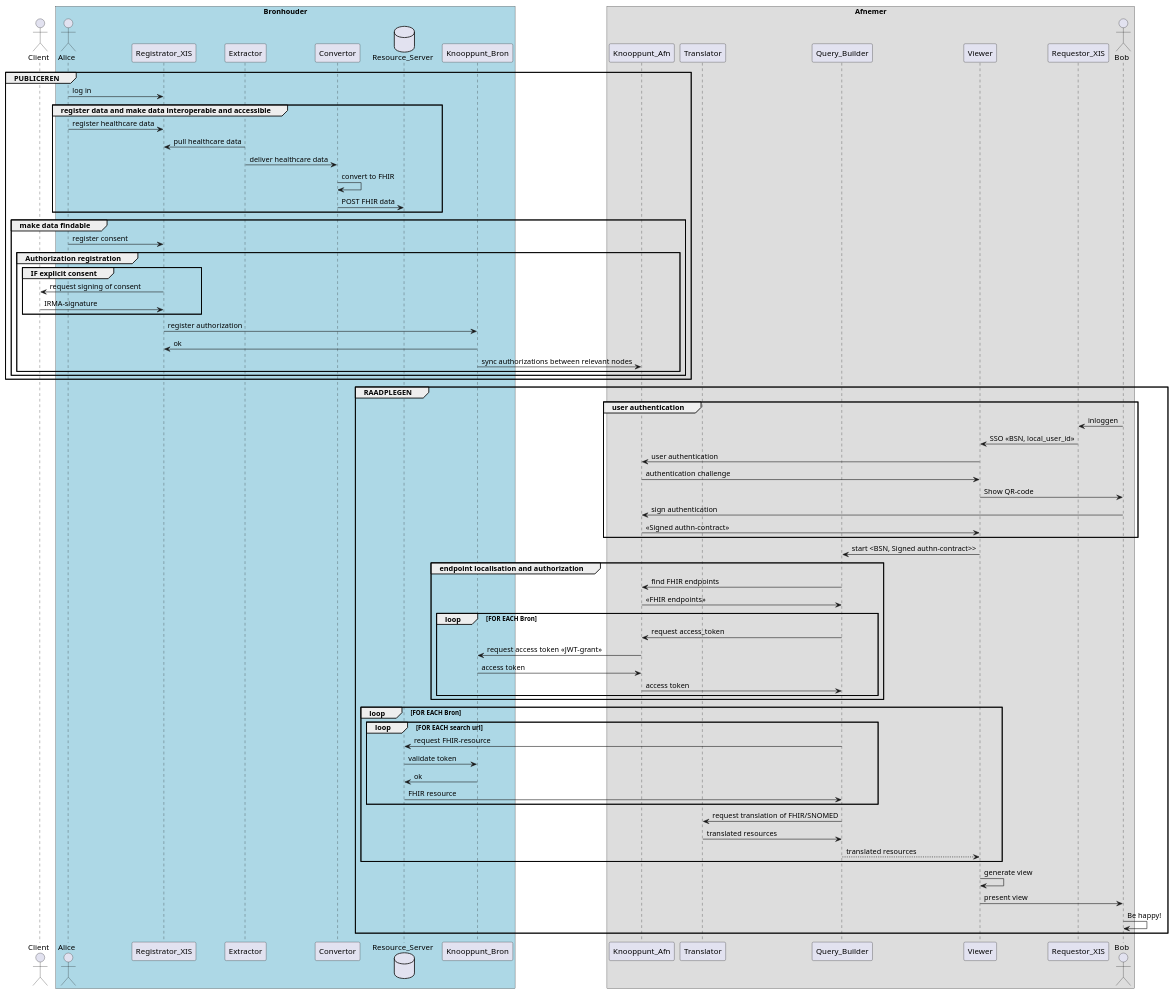
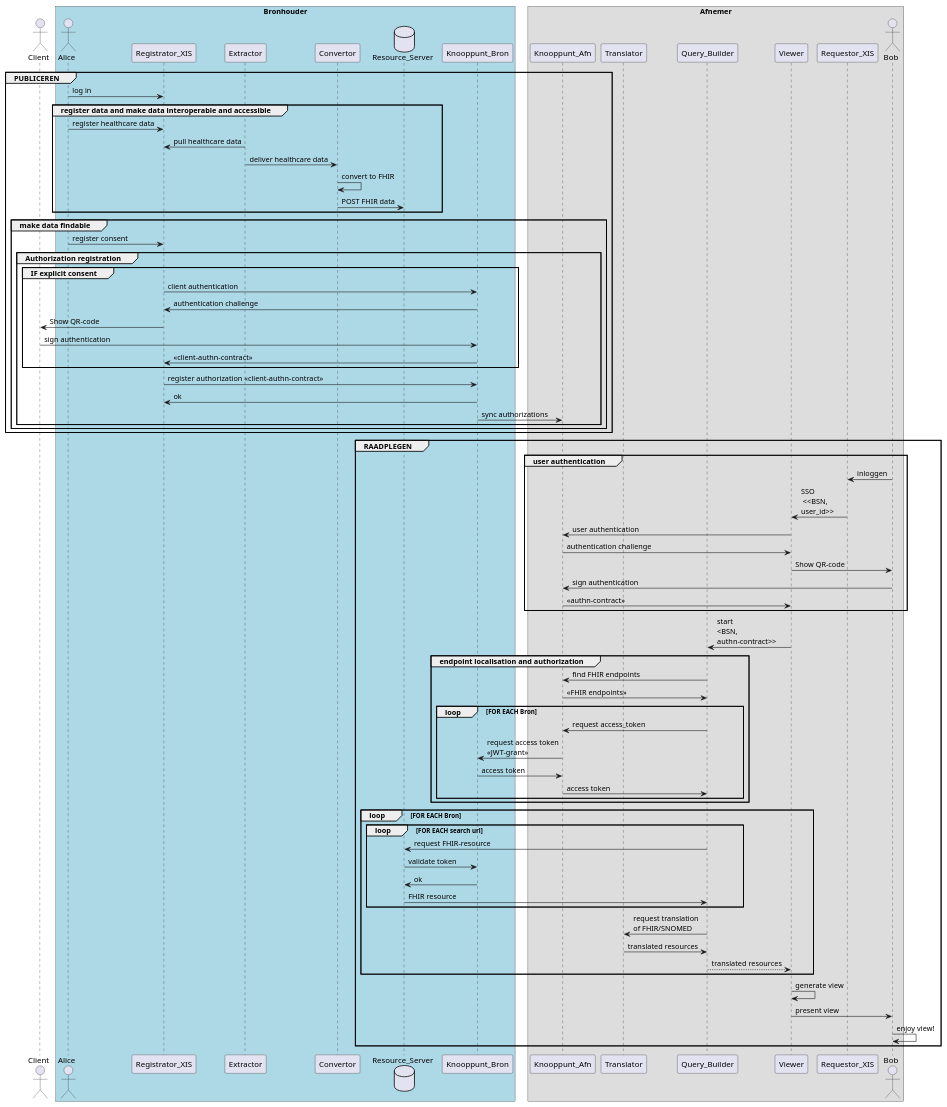
One commit to jorritspee/plantuml-zorginzage-babyconnect changed the diagram in sequence-diagram-zorginzage-babyconnect.puml. Above: the diagram before and after it, drawn with PlantUML.

```diff
--- a/sequence-diagram-zorginzage-babyconnect.puml
+++ b/sequence-diagram-zorginzage-babyconnect.puml
@@ -1,84 +1,87 @@
 @startuml
 actor Client
 box "Bronhouder" #LightBlue
 actor Alice
 participant Registrator_XIS
 participant Extractor
 participant Convertor
 database Resource_Server
 participant Knooppunt_Bron
 end box
 
 box "Afnemer"
 participant Knooppunt_Afn
 participant Translator
 participant Query_Builder
 participant Viewer
 participant Requestor_XIS
 actor Bob
 end box
 
 group PUBLICEREN
   Alice -> Registrator_XIS : log in
   group register data and make data interoperable and accessible
     Alice -> Registrator_XIS : register healthcare data
     Registrator_XIS <- Extractor: pull healthcare data
     Extractor -> Convertor: deliver healthcare data
     Convertor -> Convertor : convert to FHIR
     Convertor -> Resource_Server : POST FHIR data
   end
 
   group make data findable
     Alice -> Registrator_XIS : register consent
     group Authorization registration
       group IF explicit consent
-        Registrator_XIS -> Client : request signing of consent
-        Client -> Registrator_XIS : IRMA-signature
+        Registrator_XIS -> Knooppunt_Bron : client authentication
+        Registrator_XIS <- Knooppunt_Bron : authentication challenge
+        Registrator_XIS -> Client : Show QR-code
+        Client -> Knooppunt_Bron: sign authentication
+        Knooppunt_Bron -> Registrator_XIS : <<client-authn-contract>>
       end
-      Registrator_XIS -> Knooppunt_Bron : register authorization
+      Registrator_XIS -> Knooppunt_Bron : register authorization <<client-authn-contract>>
       Registrator_XIS <- Knooppunt_Bron : ok
-      Knooppunt_Bron -> Knooppunt_Afn : sync authorizations between relevant nodes
+      Knooppunt_Bron -> Knooppunt_Afn : sync authorizations
     end
   end
 end
 
 group RAADPLEGEN
   group user authentication
     Bob -> Requestor_XIS : inloggen
-    Requestor_XIS -> Viewer: SSO <<BSN, local_user_id>>
+    Requestor_XIS -> Viewer: SSO\n <<BSN,\nuser_id>>
     Viewer -> Knooppunt_Afn : user authentication
     Knooppunt_Afn -> Viewer : authentication challenge
     Viewer -> Bob : Show QR-code
     Bob -> Knooppunt_Afn: sign authentication
-    Knooppunt_Afn -> Viewer : <<Signed authn-contract>>
+    Knooppunt_Afn -> Viewer : <<authn-contract>>
   end
-  Viewer -> Query_Builder : start <BSN, Signed authn-contract>>
+  Viewer -> Query_Builder : start\n<BSN,\nauthn-contract>>
 
   group endpoint localisation and authorization
     Query_Builder -> Knooppunt_Afn : find FHIR endpoints
     Query_Builder <- Knooppunt_Afn : <<FHIR endpoints>>
     
     loop FOR EACH Bron
     Query_Builder -> Knooppunt_Afn : request access_token
-    Knooppunt_Afn -> Knooppunt_Bron : request access token <<JWT-grant>>
+    Knooppunt_Afn -> Knooppunt_Bron : request access token\n<<JWT-grant>>
     Knooppunt_Afn <- Knooppunt_Bron: access token
     Query_Builder <- Knooppunt_Afn : access token
     end
   end 
   
   loop FOR EACH Bron
     loop FOR EACH search url
       Query_Builder -> Resource_Server : request FHIR-resource
       Resource_Server -> Knooppunt_Bron: validate token
       Resource_Server <- Knooppunt_Bron: ok
       Query_Builder <- Resource_Server : FHIR resource
     end
-    Query_Builder -> Translator: request translation of FHIR/SNOMED
+    Query_Builder -> Translator: request translation\nof FHIR/SNOMED
     Query_Builder <- Translator: translated resources
     Query_Builder --> Viewer: translated resources
   end
   Viewer -> Viewer : generate view
   Viewer -> Bob: present view
-  Bob -> Bob: Be happy!
+  Bob -> Bob: enjoy view!
 end
 @enduml
```
